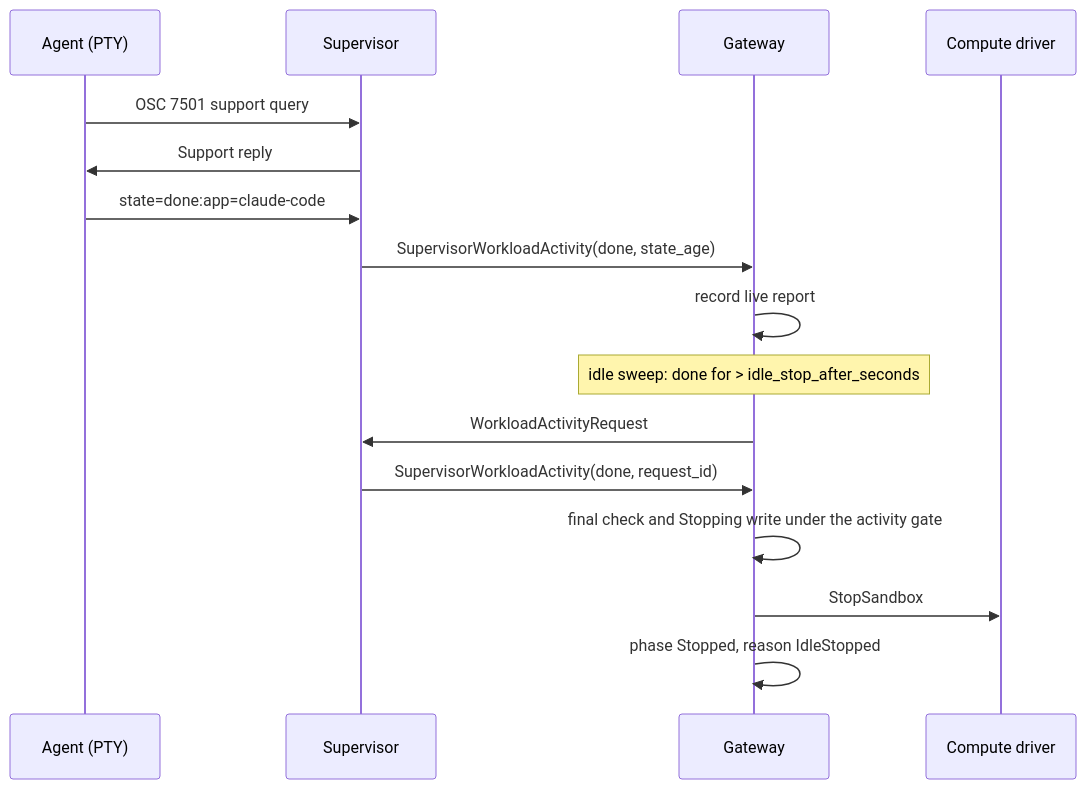
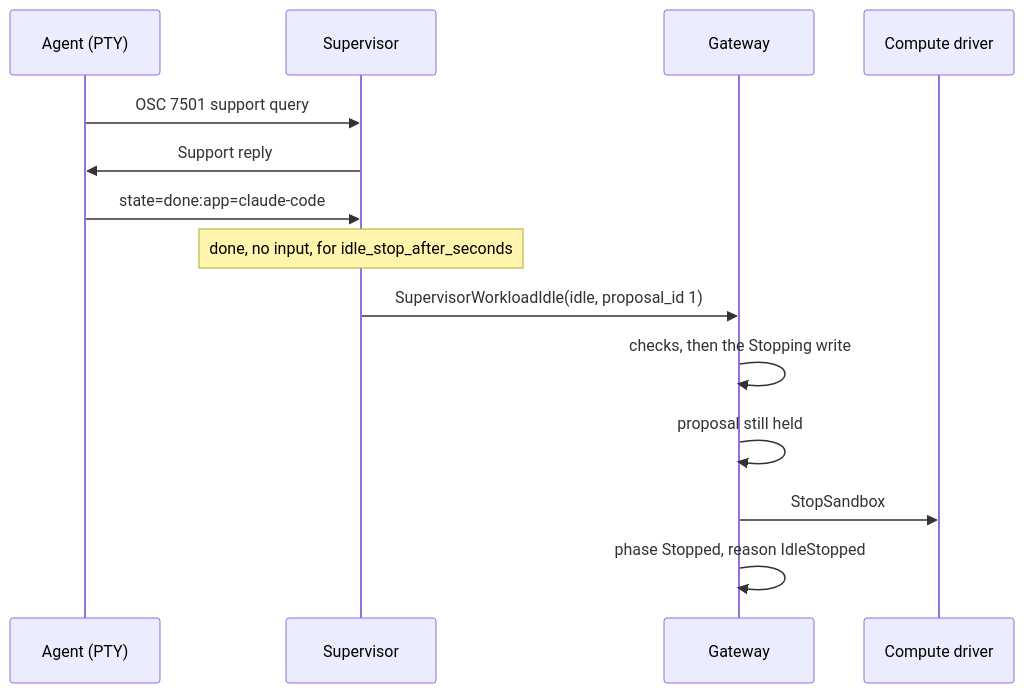
The diagram in rfc/0025-workload-idle-stop/README.md (mrunalp/OpenShell), drawn with Mermaid before and after one commit. The commit also changed other lines of this file and 19 other files, not shown here.

````diff
--- a/rfc/0025-workload-idle-stop/README.md
+++ b/rfc/0025-workload-idle-stop/README.md
@@ -280,18 +243,16 @@
 ```mermaid
 sequenceDiagram
     participant A as Agent (PTY)
     participant S as Supervisor
     participant G as Gateway
     participant D as Compute driver
     A->>S: OSC 7501 support query
     S->>A: Support reply
     A->>S: state=done:app=claude-code
-    S->>G: SupervisorWorkloadActivity(done, state_age)
-    G->>G: record live report
-    Note over G: idle sweep: done for > idle_stop_after_seconds
-    G->>S: WorkloadActivityRequest
-    S->>G: SupervisorWorkloadActivity(done, request_id)
-    G->>G: final check and Stopping write under the activity gate
+    Note over S: done, no input, for idle_stop_after_seconds
+    S->>G: SupervisorWorkloadIdle(idle, proposal_id 1)
+    G->>G: checks, then the Stopping write
+    G->>G: proposal still held
     G->>D: StopSandbox
     G->>G: phase Stopped, reason IdleStopped
 ```
````
